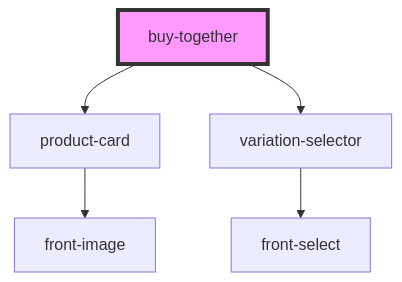
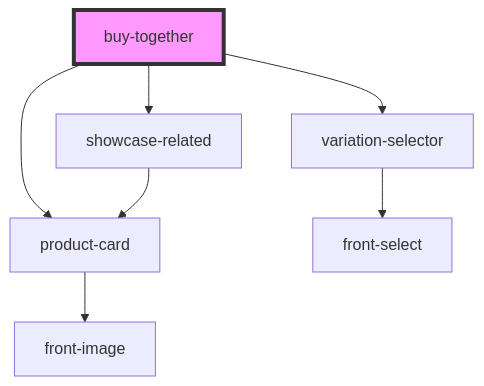
The diagram in src/components/buy-together/readme.md (commerce-suite/storefront-components), drawn with Mermaid before and after one commit. The commit also changed other lines of this file and 17 other files, not shown here.

````diff
--- a/src/components/buy-together/readme.md
+++ b/src/components/buy-together/readme.md
@@ -46,8 +48,10 @@
 ```mermaid
 graph TD;
   buy-together --> product-card
   buy-together --> variation-selector
+  buy-together --> showcase-related
   product-card --> front-image
   variation-selector --> front-select
+  showcase-related --> product-card
   style buy-together fill:#f9f,stroke:#333,stroke-width:4px
 ```
````
